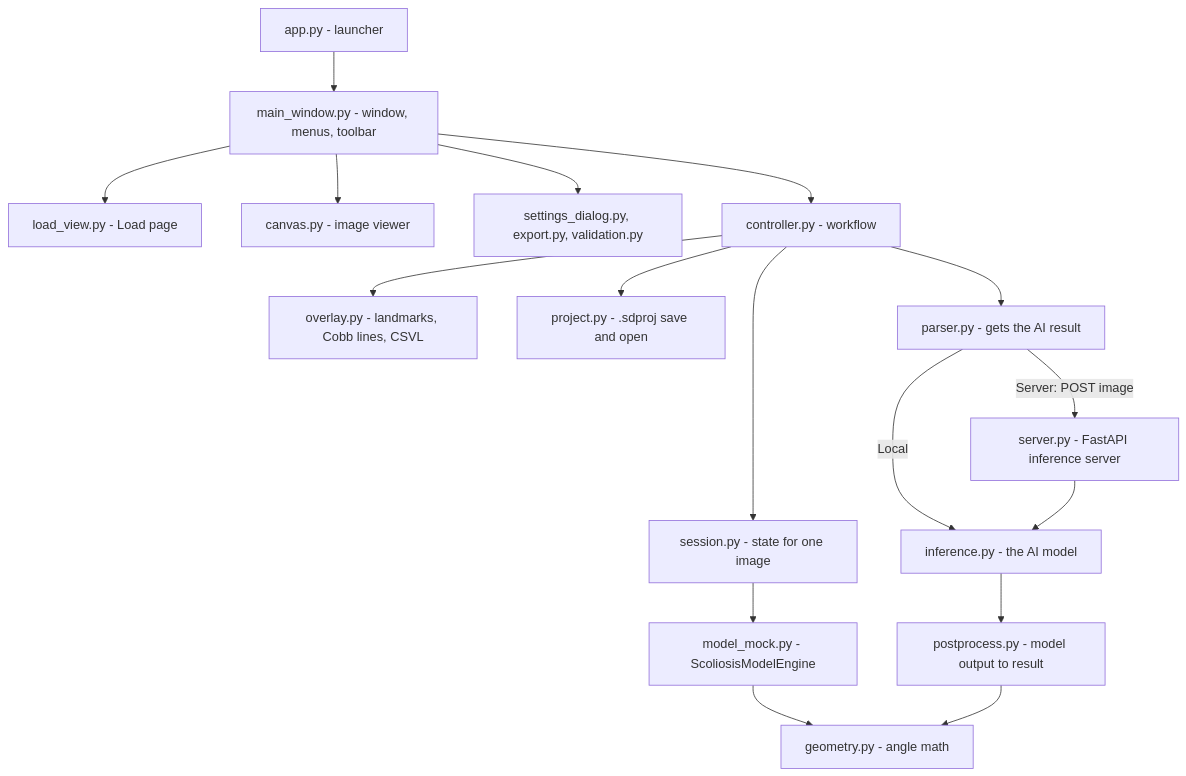
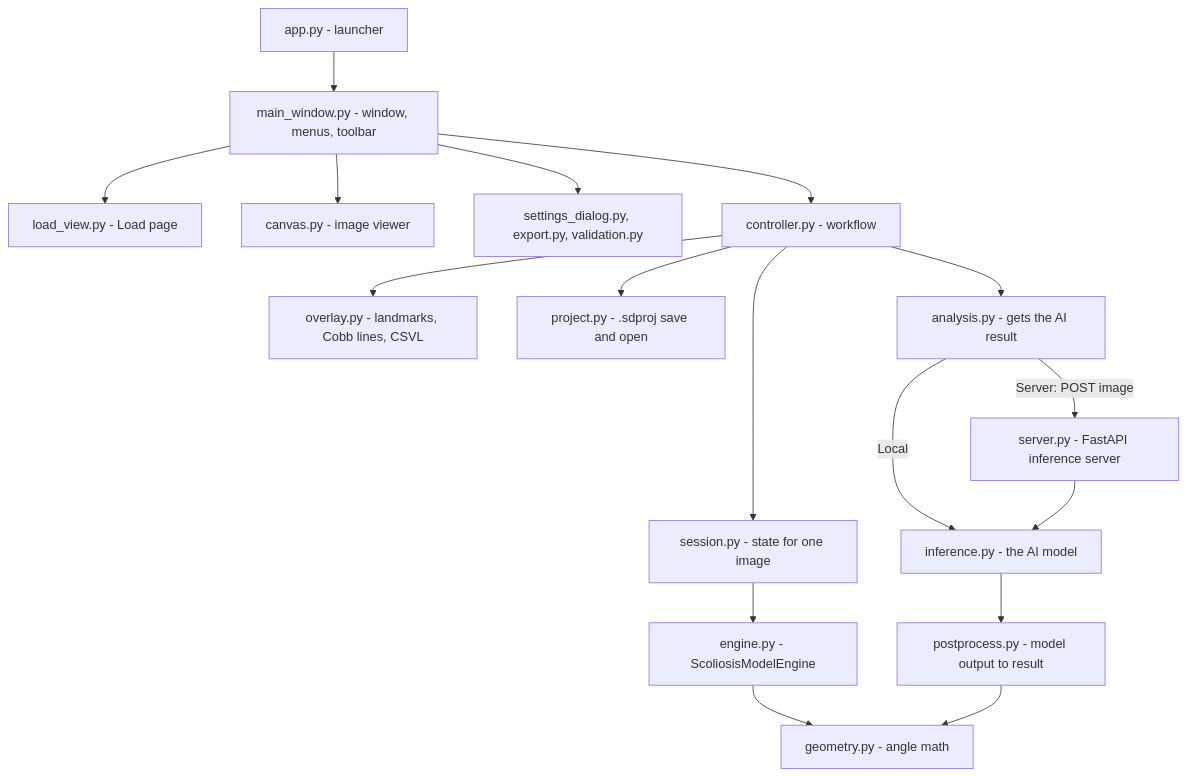
The diagram in README.md (reerooryu/scoliosis_detection_ui), drawn with Mermaid before and after one commit. The commit also changed other lines of this file, not shown here.

````diff
--- a/README.md
+++ b/README.md
@@ -219,19 +219,19 @@
 ```mermaid
 graph TD
     App["app.py - launcher"] --> Main["main_window.py - window, menus, toolbar"]
     Main --> Load["load_view.py - Load page"]
     Main --> Canvas["canvas.py - image viewer"]
     Main --> Dialogs["settings_dialog.py, export.py, validation.py"]
     Main --> Controller["controller.py - workflow"]
     Controller --> Session["session.py - state for one image"]
     Controller --> Overlay["overlay.py - landmarks, Cobb lines, CSVL"]
     Controller --> Project["project.py - .sdproj save and open"]
-    Controller --> Parser["parser.py - gets the AI result"]
-    Session --> Engine["model_mock.py - ScoliosisModelEngine"]
+    Controller --> Analysis["analysis.py - gets the AI result"]
+    Session --> Engine["engine.py - ScoliosisModelEngine"]
     Engine --> Geometry["geometry.py - angle math"]
-    Parser -->|Local| Inference["inference.py - the AI model"]
-    Parser -->|Server: POST image| Server["server.py - FastAPI inference server"]
+    Analysis -->|Local| Inference["inference.py - the AI model"]
+    Analysis -->|Server: POST image| Server["server.py - FastAPI inference server"]
     Server --> Inference
     Inference --> Post["postprocess.py - model output to result"]
     Post --> Geometry
 ```
````
